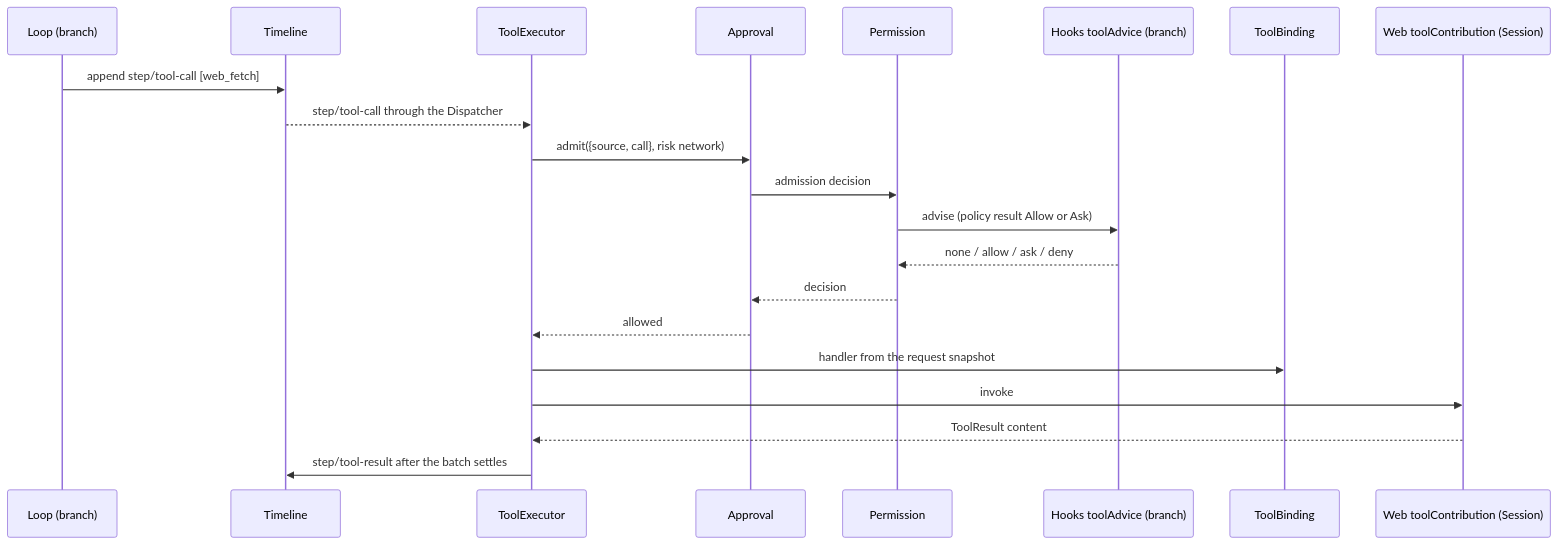
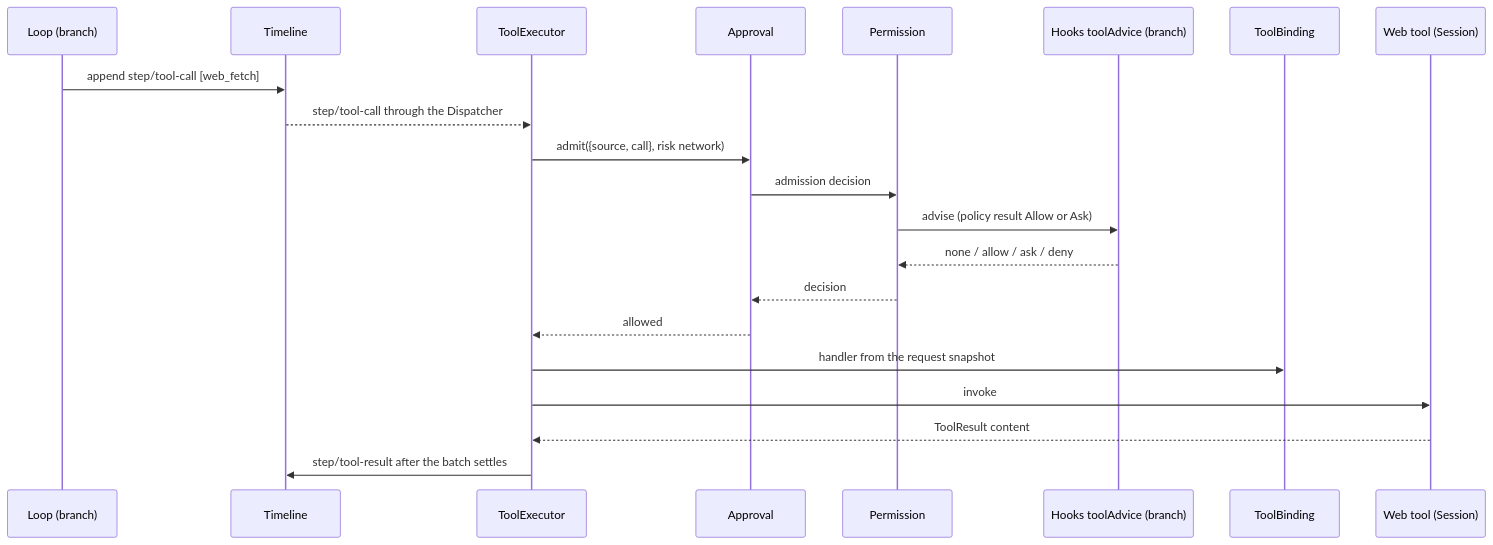
Before and after one commit to CoutinhoTTS/dim-agent: the third of 8 diagrams in docs/design/overview.md, drawn with Mermaid. The commit also changed other lines of this file and 101 other files, not shown here.

````diff
--- a/docs/design/overview.md
+++ b/docs/design/overview.md
@@ -184,23 +184,23 @@
 ```mermaid
 sequenceDiagram
   participant LP as Loop (branch)
   participant TL as Timeline
   participant TE as ToolExecutor
   participant AP as Approval
   participant PM as Permission
   participant HK as Hooks toolAdvice (branch)
   participant TB as ToolBinding
-  participant W as Web toolContribution (Session)
+  participant W as Web tool (Session)
   LP->>TL: append step/tool-call [web_fetch]
   TL-->>TE: step/tool-call through the Dispatcher
   TE->>AP: admit({source, call}, risk network)
   AP->>PM: admission decision
   PM->>HK: advise (policy result Allow or Ask)
   HK-->>PM: none / allow / ask / deny
   PM-->>AP: decision
   AP-->>TE: allowed
   TE->>TB: handler from the request snapshot
   TE->>W: invoke
   W-->>TE: ToolResult content
   TE->>TL: step/tool-result after the batch settles
 ```
````
